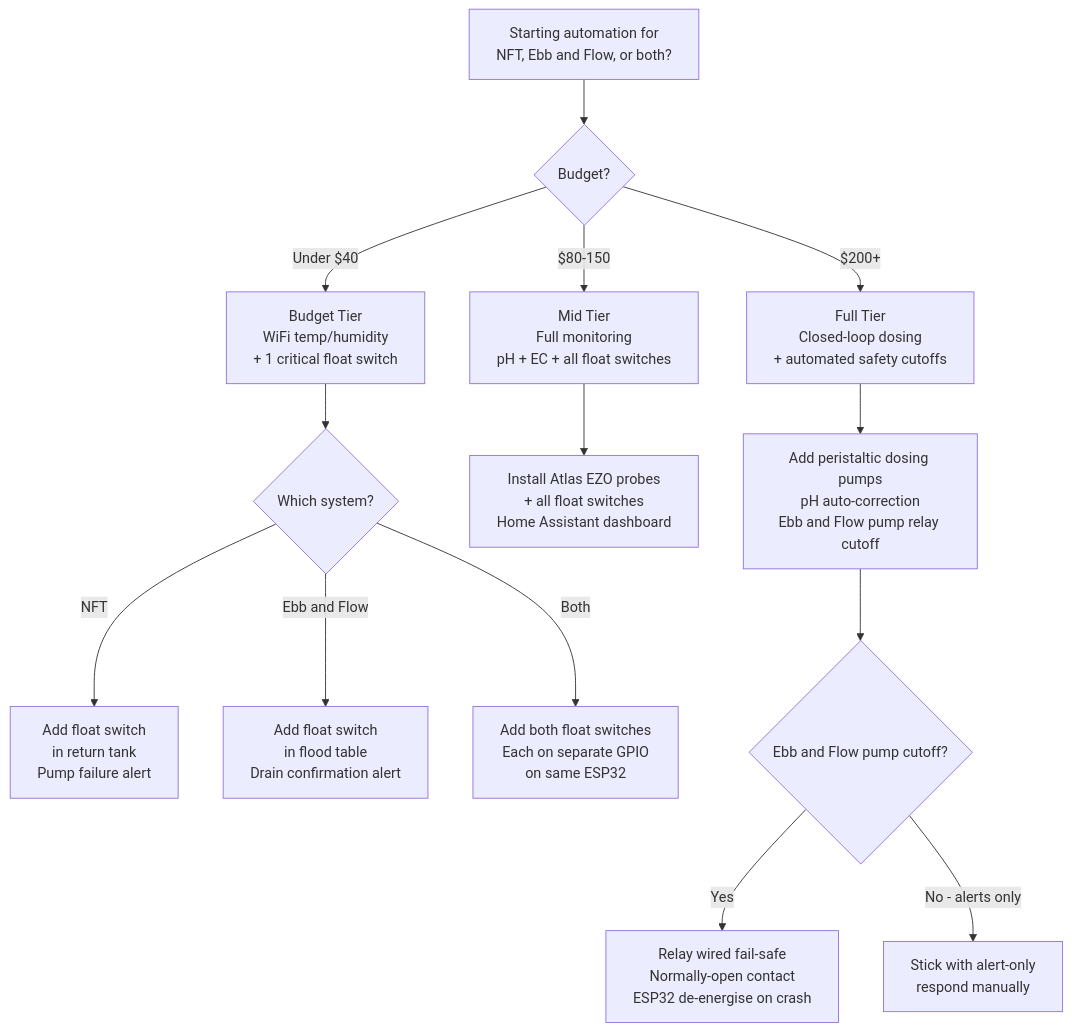
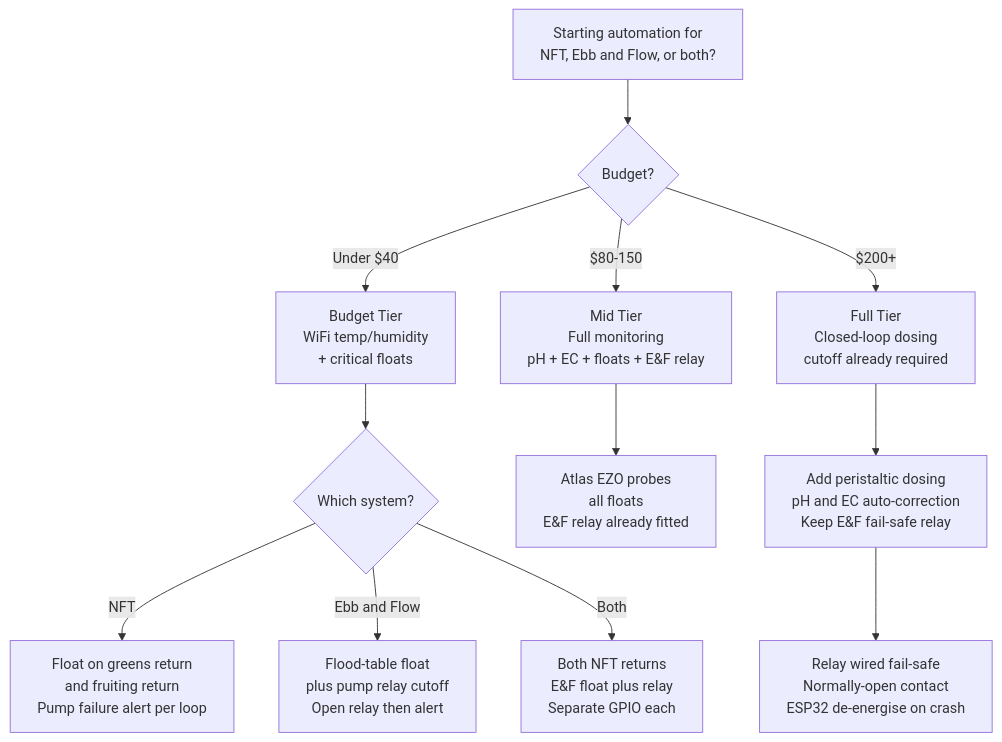
Before and after one commit to UncleJS/guide_hydroponics: the third of 3 diagrams in guide/compare/03-automation.md, drawn with Mermaid. The commit also changed other lines of this file and 8 other files, not shown here.

Commit message:
Require E&F cutoff at every tier; crop-cap EC alerts; units polish.

````diff
--- a/guide/compare/03-automation.md
+++ b/guide/compare/03-automation.md
@@ -534,16 +534,14 @@
 ```mermaid
 graph TD
   A[Starting automation for<br/>NFT, Ebb and Flow, or both?] --> B{Budget?}
-  B -->|Under $40| C[Budget Tier<br/>WiFi temp/humidity<br/>+ 1 critical float switch]
-  B -->|$80-150| D[Mid Tier<br/>Full monitoring<br/>pH + EC + all float switches]
-  B -->|$200+| E[Full Tier<br/>Closed-loop dosing<br/>+ automated safety cutoffs]
+  B -->|Under $40| C[Budget Tier<br/>WiFi temp/humidity<br/>+ critical floats]
+  B -->|$80-150| D[Mid Tier<br/>Full monitoring<br/>pH + EC + floats + E&F relay]
+  B -->|$200+| E[Full Tier<br/>Closed-loop dosing<br/>cutoff already required]
   C --> F{Which system?}
-  F -->|NFT| G[Add float switch<br/>in return tank<br/>Pump failure alert]
-  F -->|Ebb and Flow| H[Add float switch<br/>in flood table<br/>Drain confirmation alert]
-  F -->|Both| I[Add both float switches<br/>Each on separate GPIO<br/>on same ESP32]
-  D --> J[Install Atlas EZO probes<br/>+ all float switches<br/>Home Assistant dashboard]
-  E --> K[Add peristaltic dosing pumps<br/>pH auto-correction<br/>Ebb and Flow pump relay cutoff]
-  K --> L{Ebb and Flow pump cutoff?}
-  L -->|Yes| M[Relay wired fail-safe<br/>Normally-open contact<br/>ESP32 de-energise on crash]
-  L -->|No - alerts only| N[Stick with alert-only<br/>respond manually]
+  F -->|NFT| G[Float on greens return<br/>and fruiting return<br/>Pump failure alert per loop]
+  F -->|Ebb and Flow| H[Flood-table float<br/>plus pump relay cutoff<br/>Open relay then alert]
+  F -->|Both| I[Both NFT returns<br/>E&F float plus relay<br/>Separate GPIO each]
+  D --> J[Atlas EZO probes<br/>all floats<br/>E&F relay already fitted]
+  E --> K[Add peristaltic dosing<br/>pH and EC auto-correction<br/>Keep E&F fail-safe relay]
+  K --> M[Relay wired fail-safe<br/>Normally-open contact<br/>ESP32 de-energise on crash]
 ```
````
